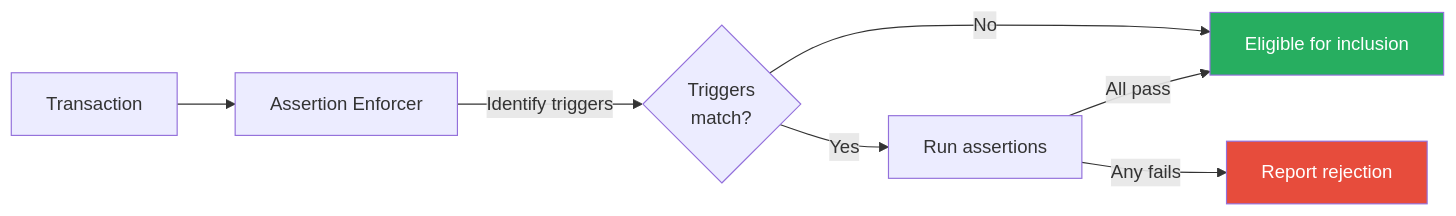
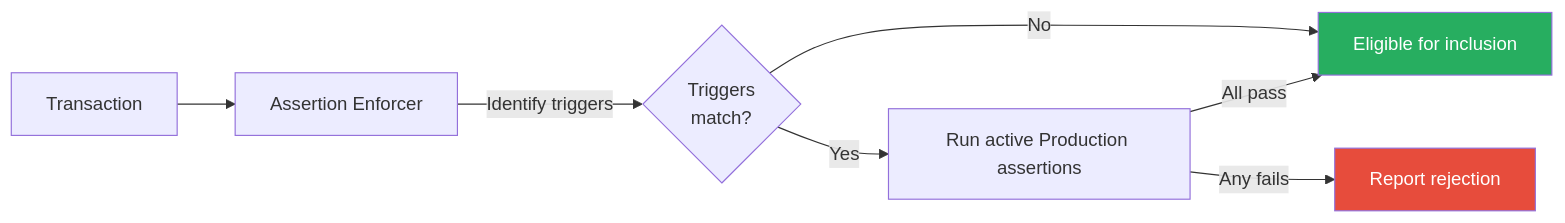
Before and after one commit to phylaxsystems/phylax-docs: the first of 2 diagrams in credible/execution-model.mdx, drawn with Mermaid. The commit also changed other lines of this file and 155 other files, not shown here.

````diff
--- a/credible/execution-model.mdx
+++ b/credible/execution-model.mdx
@@ -23,12 +23,12 @@
 ```mermaid
 flowchart LR
     TX[Transaction] --> AE[Assertion Enforcer]
     AE --> |Identify triggers| MATCH{Triggers<br/>match?}
-    MATCH --> |Yes| RUN[Run assertions]
+    MATCH --> |Yes| RUN[Run active Production assertions]
     MATCH --> |No| INCLUDE[Eligible for inclusion]
     RUN --> |All pass| INCLUDE
     RUN --> |Any fails| REPORT[Report rejection]
     
     style REPORT fill:#e74c3c,color:#fff
     style INCLUDE fill:#27ae60,color:#fff
 ```
````
